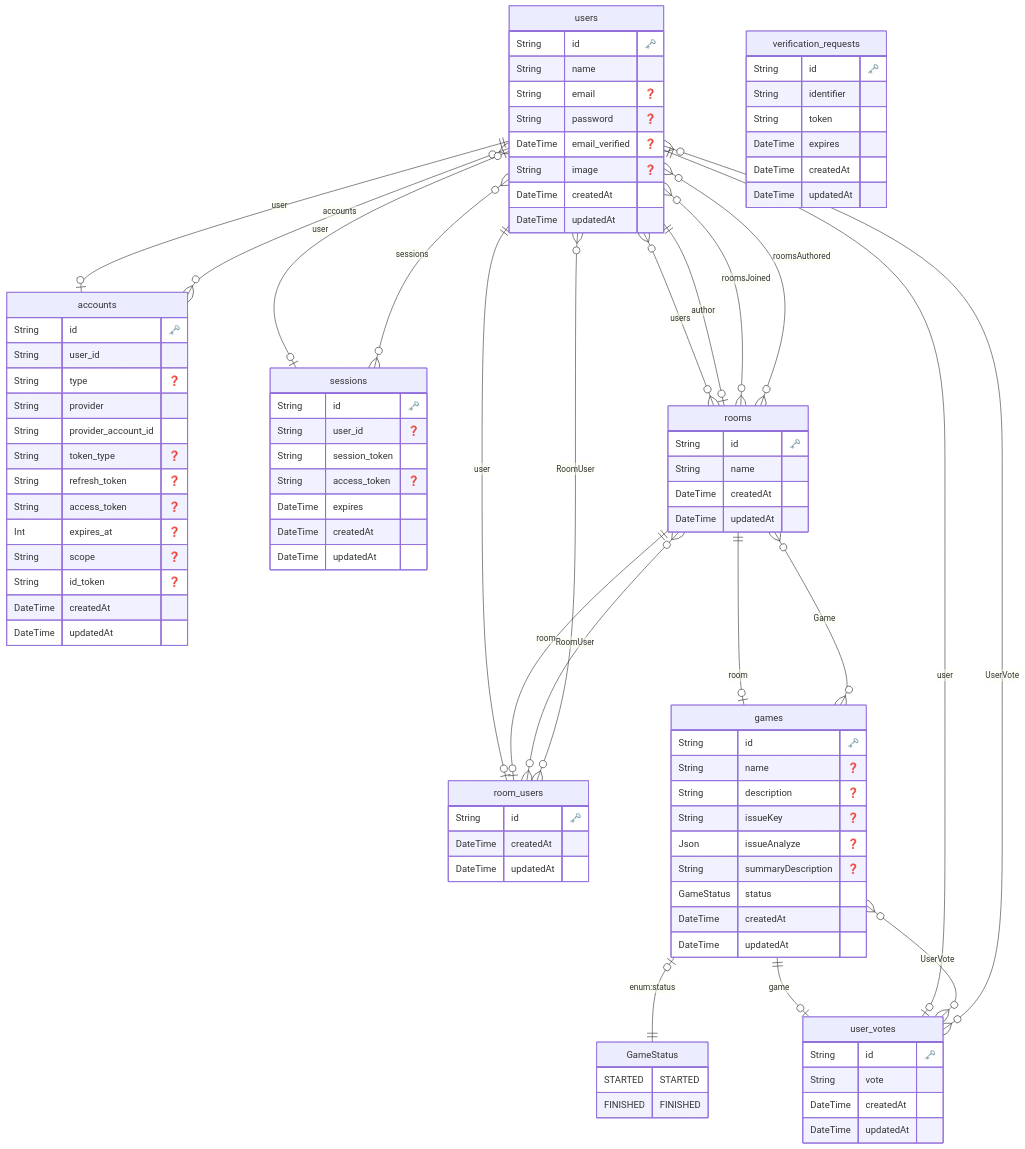
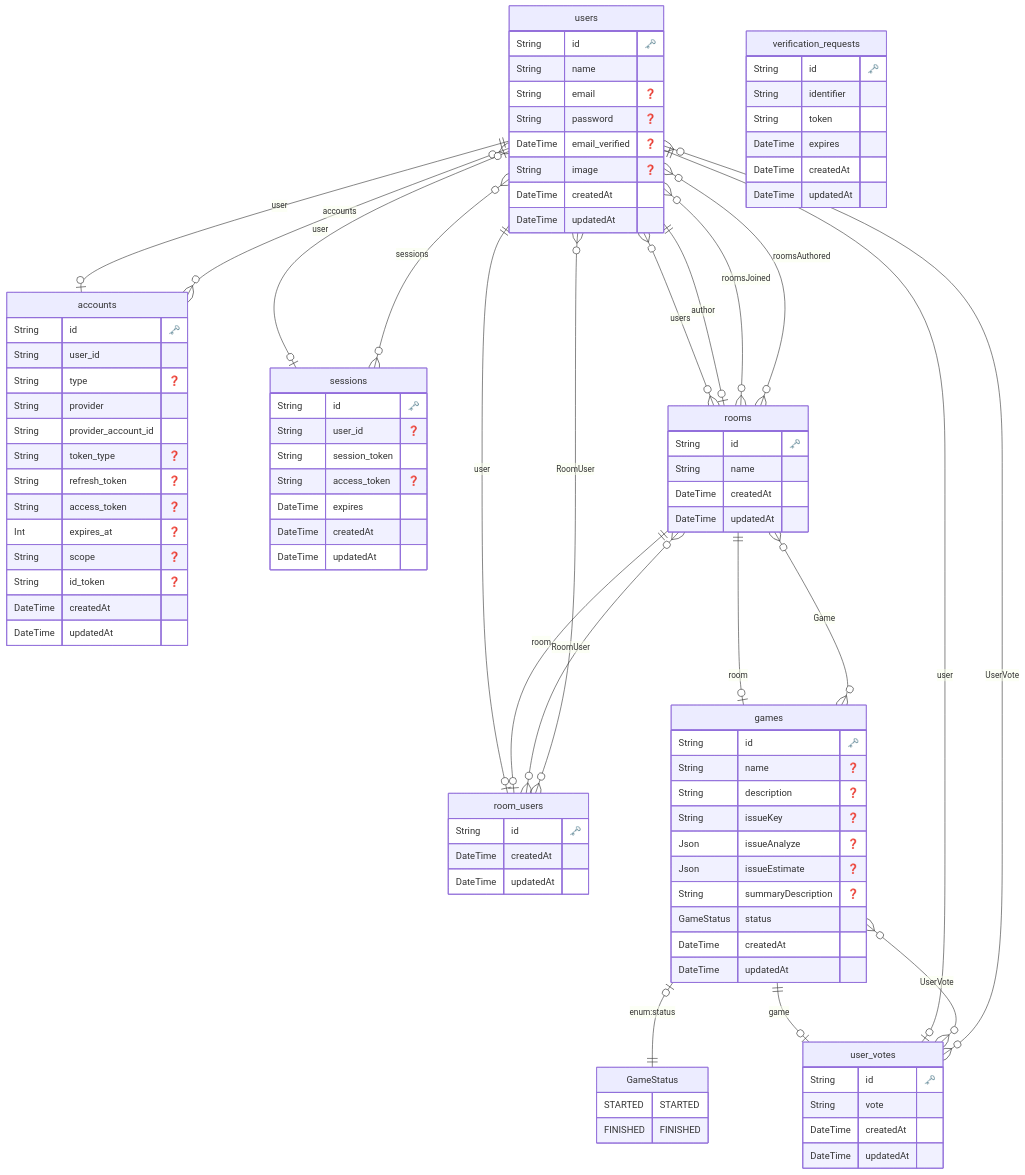
One commit to sebastiansiejek/planning-poker changed the diagram in ERD.md. Above: the diagram before and after it, drawn with Mermaid. The commit also changed 10 other files, not shown here.

Commit message:
feat: add `issueEstimate` field to game model and integrate AI estimation functionality

```diff
--- a/ERD.md
+++ b/ERD.md
@@ -77,6 +77,7 @@
     String description "❓"
     String issueKey "❓"
     Json issueAnalyze "❓"
+    Json issueEstimate "❓"
     String summaryDescription "❓"
     GameStatus status 
     DateTime createdAt 
```
